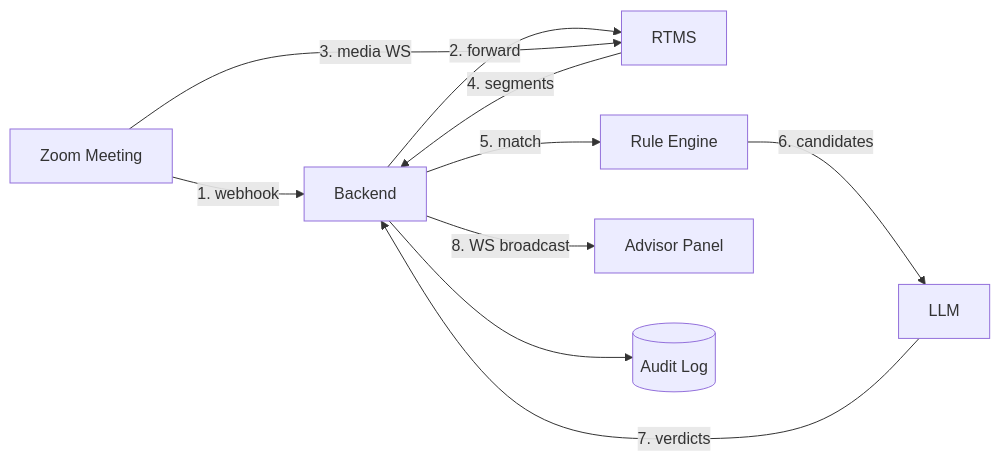
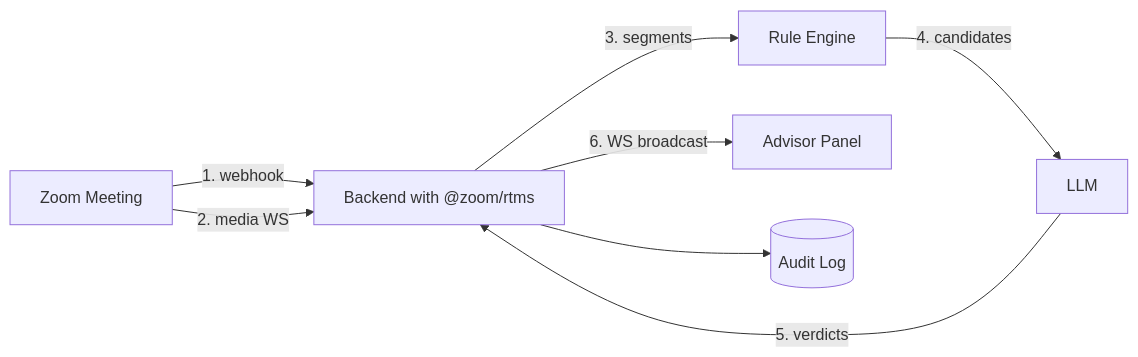
One commit to zoom/blueprints changed the diagram in blueprints/realtime-compliance-advisor/architecture.mmd. Above: the diagram before and after it, drawn with Mermaid. The commit also changed 1 other file, not shown here.

Commit message:
Rebuild compliance advisor around the @zoom/rtms SDK
Sample repo renamed to rtms-compliance-sample-js. Pipeline rewritten
against the real SDK surface: createWebhookHandler mounted on Express,
Client with setTranscriptParams / onTranscriptData / onParticipantEvent /
onMediaConnectionInterrupted / onJoinConfirm / onLeave.

Corrections from reading the SDK:
- Node 22+ required (N-API 9/10), not Node 20
- SDK ships Node and Python bindings, Go planned; not Node-only
- Transcript timestamps are Unix ms already, no microsecond rescale
- Prebuilds are darwin-arm64 / linux-x64, so Docker needs a glibc base
- ZM_RTMS_* env vars replace the generic ZOOM_* set
- No separate RTMS microservice; the client runs in the backend process

Compliance angles the SDK enables: explicit srcLanguage removes the ~30s
auto-detect blind spot, and onMediaConnectionInterrupted records coverage
gaps in the audit chain.

```diff
--- a/blueprints/realtime-compliance-advisor/architecture.mmd
+++ b/blueprints/realtime-compliance-advisor/architecture.mmd
@@ -1,11 +1,9 @@
 %% Keep this file in sync with the mermaid fence in index.md.
 graph LR
-    Z[Zoom Meeting] -->|1. webhook| B[Backend]
-    B -->|2. forward| R[RTMS]
-    Z -->|3. media WS| R
-    R -->|4. segments| B
-    B -->|5. match| E[Rule Engine]
-    E -->|6. candidates| L[LLM]
-    L -->|7. verdicts| B
-    B -->|8. WS broadcast| P[Advisor Panel]
+    Z[Zoom Meeting] -->|1. webhook| B[Backend with @zoom/rtms]
+    Z -->|2. media WS| B
+    B -->|3. segments| E[Rule Engine]
+    E -->|4. candidates| L[LLM]
+    L -->|5. verdicts| B
+    B -->|6. WS broadcast| P[Advisor Panel]
     B --> D[(Audit Log)]
```
